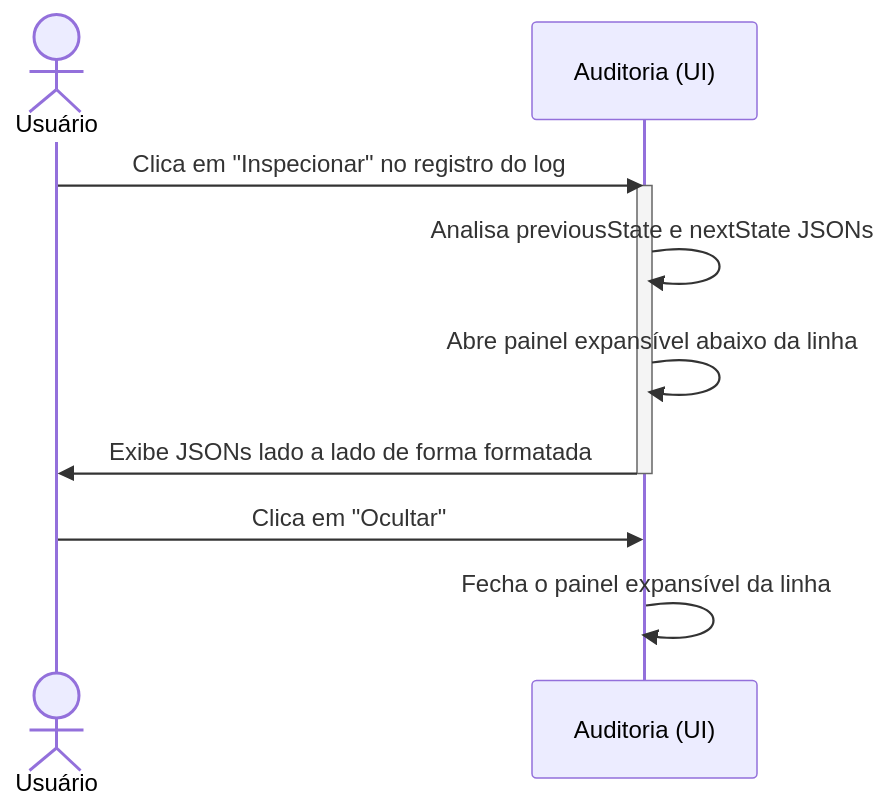
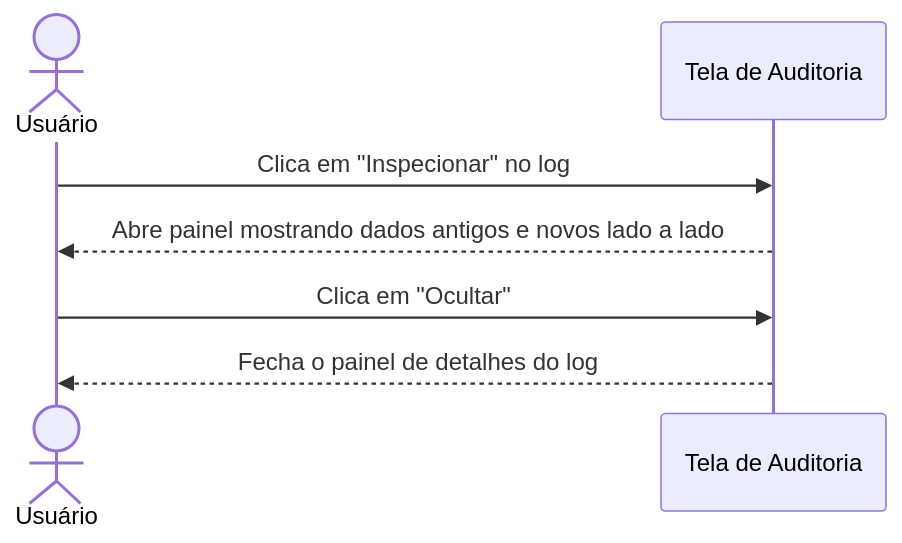
Before and after one commit to EdDevFront/sales-order-management-system: the first of 2 diagrams in docs/audit/README.md, drawn with Mermaid. The commit also changed other lines of this file and 5 other files, not shown here.

Commit message:
docs: add technical and non-technical sequence diagrams for all pages

````diff
--- a/docs/audit/README.md
+++ b/docs/audit/README.md
@@ -10,15 +12,10 @@
 ```mermaid
 sequenceDiagram
     actor Usuario as Usuário
-    participant UI as Auditoria (UI)
+    participant Tela as Tela de Auditoria
 
-    Usuario->>UI: Clica em "Inspecionar" no registro do log
-    activate UI
-    UI->>UI: Analisa previousState e nextState JSONs
-    UI->>UI: Abre painel expansível abaixo da linha
-    UI->>Usuario: Exibe JSONs lado a lado de forma formatada
-    deactivate UI
-
-    Usuario->>UI: Clica em "Ocultar"
-    UI->>UI: Fecha o painel expansível da linha
+    Usuario->>Tela: Clica em "Inspecionar" no log
+    Tela-->>Usuario: Abre painel mostrando dados antigos e novos lado a lado
+    Usuario->>Tela: Clica em "Ocultar"
+    Tela-->>Usuario: Fecha o painel de detalhes do log
 ```
````
